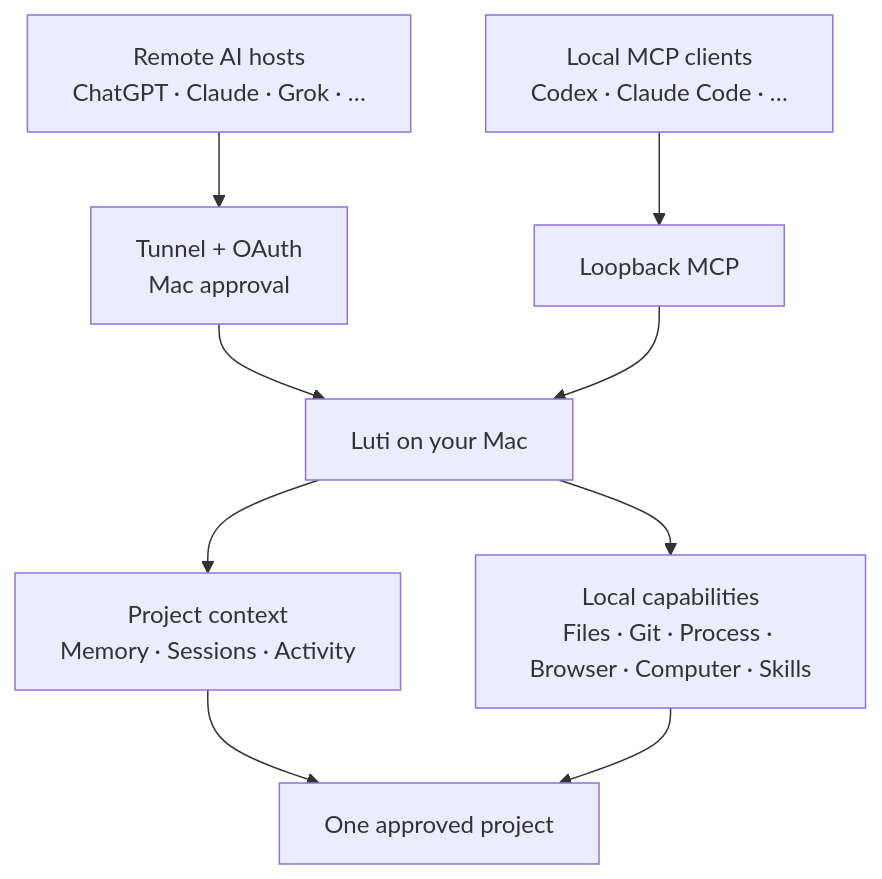
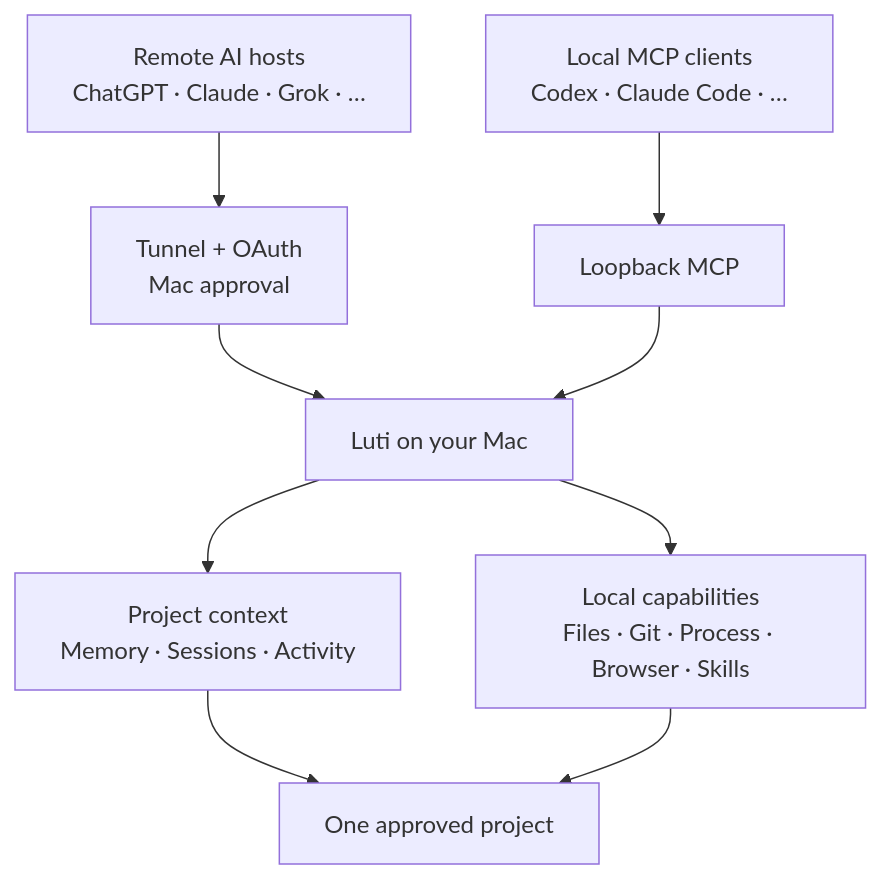
Before and after one commit to boltguo/Luti: the diagram in README.md, drawn with Mermaid. The commit also changed other lines of this file and 52 other files, not shown here.

````diff
--- a/README.md
+++ b/README.md
@@ -27,16 +27,16 @@
 ```mermaid
 flowchart TB
     remote["Remote AI hosts<br/>ChatGPT · Claude · Grok · …"]
     local["Local MCP clients<br/>Codex · Claude Code · …"]
     tunnel["Tunnel + OAuth<br/>Mac approval"]
     loopback["Loopback MCP"]
     luti["Luti on your Mac"]
     context["Project context<br/>Memory · Sessions · Activity"]
-    tools["Local capabilities<br/>Files · Git · Process · Browser · Computer · Skills"]
+    tools["Local capabilities<br/>Files · Git · Process · Browser · Skills"]
     project["One approved project"]
 
     remote --> tunnel --> luti
     local --> loopback --> luti
     luti --> context --> project
     luti --> tools --> project
 ```
````
